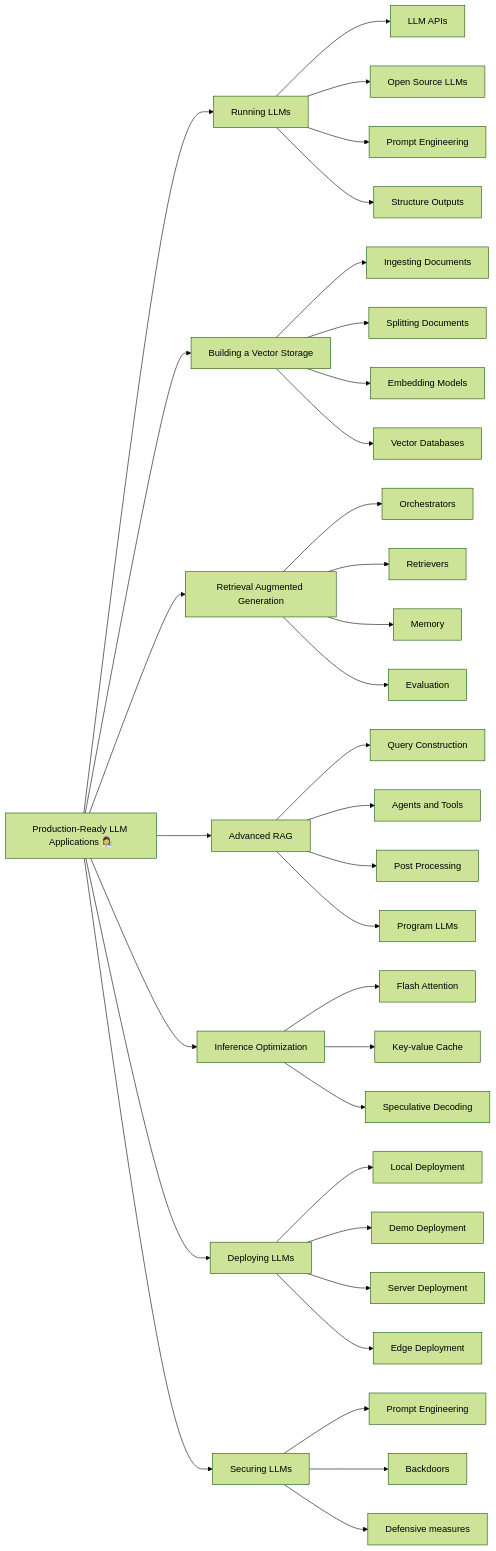
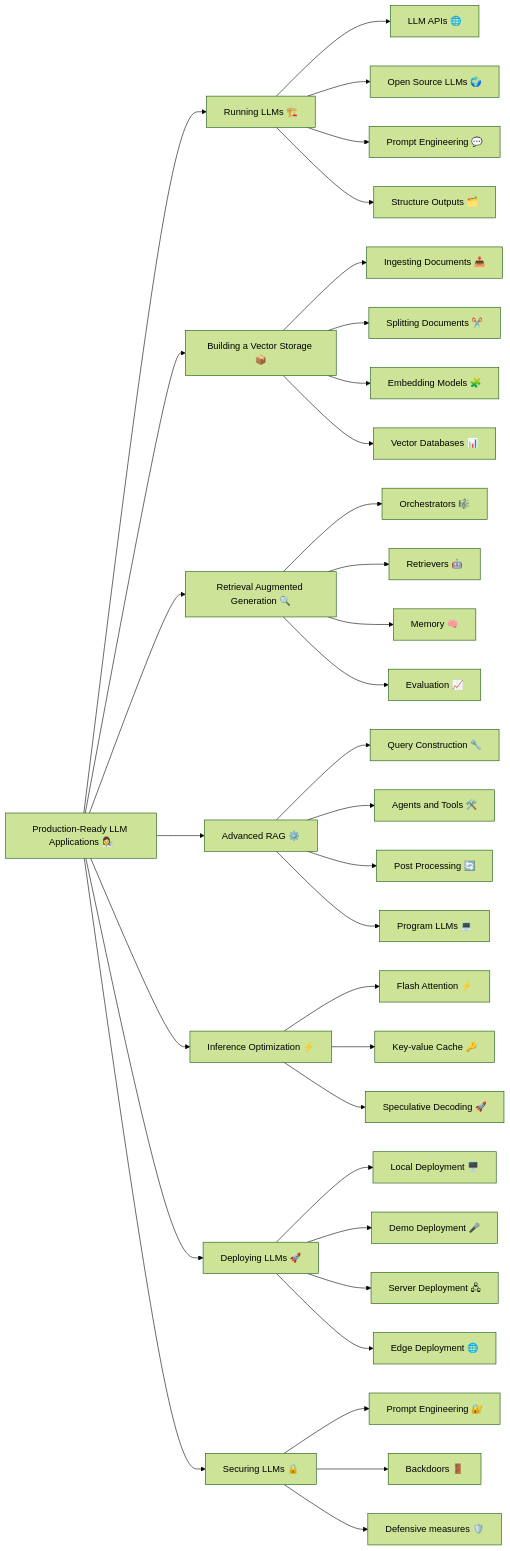
The third of 3 diagrams in README.md (ghimiresunil/LLM-PowerHouse-A-Curated-Guide-for-Large-Language-Models-with-Custom-Training-and-Inferencing), drawn with Mermaid (forest theme) before and after one commit.

Commit message:
Update associate emoji

````diff
--- a/README.md
+++ b/README.md
@@ -384,44 +384,43 @@
 ```mermaid
 graph LR
-    Scientist["Production-Ready LLM Applications 👩‍🔬"] --> Architecture["Running LLMs"]
-    Scientist --> Storage["Building a Vector Storage"]
-    Scientist --> Retrieval["Retrieval Augmented Generation"]
-    Scientist --> AdvancedRAG["Advanced RAG"]
-    Scientist --> Optimization["Inference Optimization"]
-    Scientist --> Deployment["Deploying LLMs"]
-    Scientist --> Secure["Securing LLMs"]
+    Scientist["Production-Ready LLM Applications 👩‍🔬"] --> Architecture["Running LLMs 🏗️"]
+    Scientist --> Storage["Building a Vector Storage 📦"]
+    Scientist --> Retrieval["Retrieval Augmented Generation 🔍"]
+    Scientist --> AdvancedRAG["Advanced RAG ⚙️"]
+    Scientist --> Optimization["Inference Optimization ⚡"]
+    Scientist --> Deployment["Deploying LLMs 🚀"]
+    Scientist --> Secure["Securing LLMs 🔒"]
 
-    Architecture --> APIs["LLM APIs"]
-    Architecture --> OpenSource["Open Source LLMs"]
-    Architecture --> PromptEng["Prompt Engineering"]
-    Architecture --> StructOutputs["Structure Outputs"]
+    Architecture --> APIs["LLM APIs 🌐"]
+    Architecture --> OpenSource["Open Source LLMs 🌍"]
+    Architecture --> PromptEng["Prompt Engineering 💬"]
+    Architecture --> StructOutputs["Structure Outputs 🗂️"]
 
-    Storage --> Ingest["Ingesting Documents"]
-    Storage --> Split["Splitting Documents"]
-    Storage --> Embed["Embedding Models"]
-    Storage --> VectorDB["Vector Databases"]
+    Storage --> Ingest["Ingesting Documents 📥"]
+    Storage --> Split["Splitting Documents ✂️"]
+    Storage --> Embed["Embedding Models 🧩"]
+    Storage --> VectorDB["Vector Databases 📊"]
 
-    Retrieval --> Orchestrators["Orchestrators"]
-    Retrieval --> Retrievers["Retrievers"]
-    Retrieval --> Memory["Memory"]
-    Retrieval --> Evaluation["Evaluation"]
+    Retrieval --> Orchestrators["Orchestrators 🎼"]
+    Retrieval --> Retrievers["Retrievers 🤖"]
+    Retrieval --> Memory["Memory 🧠"]
+    Retrieval --> Evaluation["Evaluation 📈"]
 
-    AdvancedRAG --> Query["Query Construction"]
-    AdvancedRAG --> Agents["Agents and Tools"]
-    AdvancedRAG --> PostProcess["Post Processing"]
-    AdvancedRAG --> Program["Program LLMs"]
+    AdvancedRAG --> Query["Query Construction 🔧"]
+    AdvancedRAG --> Agents["Agents and Tools 🛠️"]
+    AdvancedRAG --> PostProcess["Post Processing 🔄"]
+    AdvancedRAG --> Program["Program LLMs 💻"]
 
-    Optimization --> FlashAttention["Flash Attention"]
-    Optimization --> KeyValue["Key-value Cache"]
-    Optimization --> SpecDecoding["Speculative Decoding"]
+    Optimization --> FlashAttention["Flash Attention ⚡"]
+    Optimization --> KeyValue["Key-value Cache 🔑"]
+    Optimization --> SpecDecoding["Speculative Decoding 🚀"]
 
-    Deployment --> LocalDeploy["Local Deployment"]
-    Deployment --> DemoDeploy["Demo Deployment"]
-    Deployment --> ServerDeploy["Server Deployment"]
-    Deployment --> EdgeDeploy["Edge Deployment"]
+    Deployment --> LocalDeploy["Local Deployment 🖥️"]
+    Deployment --> DemoDeploy["Demo Deployment 🎤"]
+    Deployment --> ServerDeploy["Server Deployment 🖧"]
+    Deployment --> EdgeDeploy["Edge Deployment 🌐"]
 
-    Secure --> PromptEngSecure["Prompt Engineering"]
-    Secure --> Backdoors["Backdoors"]
-    Secure --> Defensive["Defensive measures"]
-
+    Secure --> PromptEngSecure["Prompt Engineering 🔐"]
+    Secure --> Backdoors["Backdoors 🚪"]
+    Secure --> Defensive["Defensive measures 🛡️"]
 ```
````
